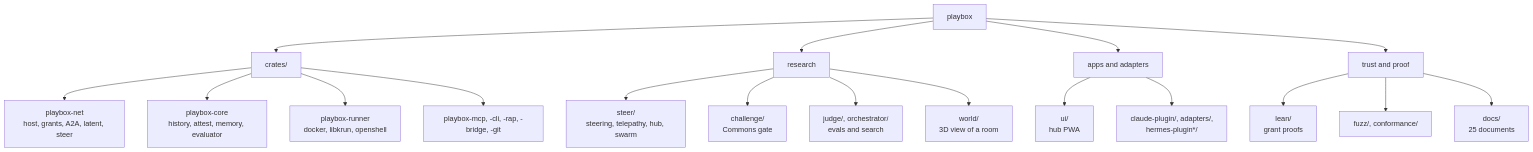
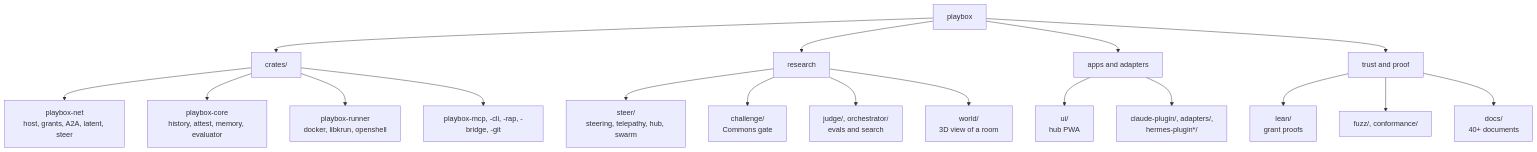
Before and after one commit to Epistetechnician/playbox: diagram 13 of 13 in README.md, drawn with Mermaid. The commit also changed other lines of this file and 4468 other files, not shown here.

````diff
--- a/README.md
+++ b/README.md
@@ -465,25 +465,25 @@
 ```mermaid
 flowchart TB
     ROOT["playbox"]
     ROOT --> CR["crates/"]
     ROOT --> RS["research"]
     ROOT --> UX["apps and adapters"]
     ROOT --> TR["trust and proof"]
 
     CR --> c1["playbox-net<br/>host, grants, A2A, latent, steer"]
     CR --> c2["playbox-core<br/>history, attest, memory, evaluator"]
     CR --> c3["playbox-runner<br/>docker, libkrun, openshell"]
     CR --> c4["playbox-mcp, -cli, -rap, -bridge, -git"]
 
     RS --> r1["steer/<br/>steering, telepathy, hub, swarm"]
     RS --> r2["challenge/<br/>Commons gate"]
     RS --> r3["judge/, orchestrator/<br/>evals and search"]
     RS --> r4["world/<br/>3D view of a room"]
 
     UX --> u1["ui/<br/>hub PWA"]
     UX --> u2["claude-plugin/, adapters/,<br/>hermes-plugin*/"]
 
     TR --> t1["lean/<br/>grant proofs"]
     TR --> t2["fuzz/, conformance/"]
-    TR --> t3["docs/<br/>25 documents"]
+    TR --> t3["docs/<br/>40+ documents"]
 ```
````
